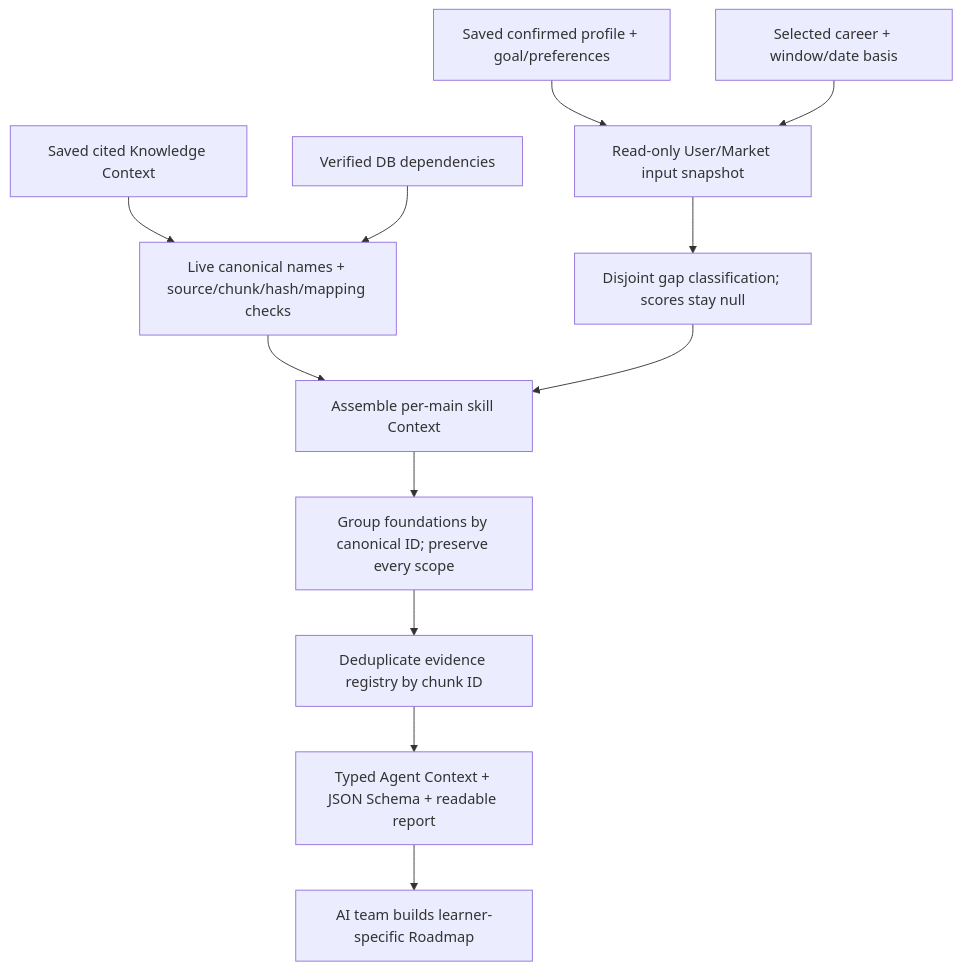
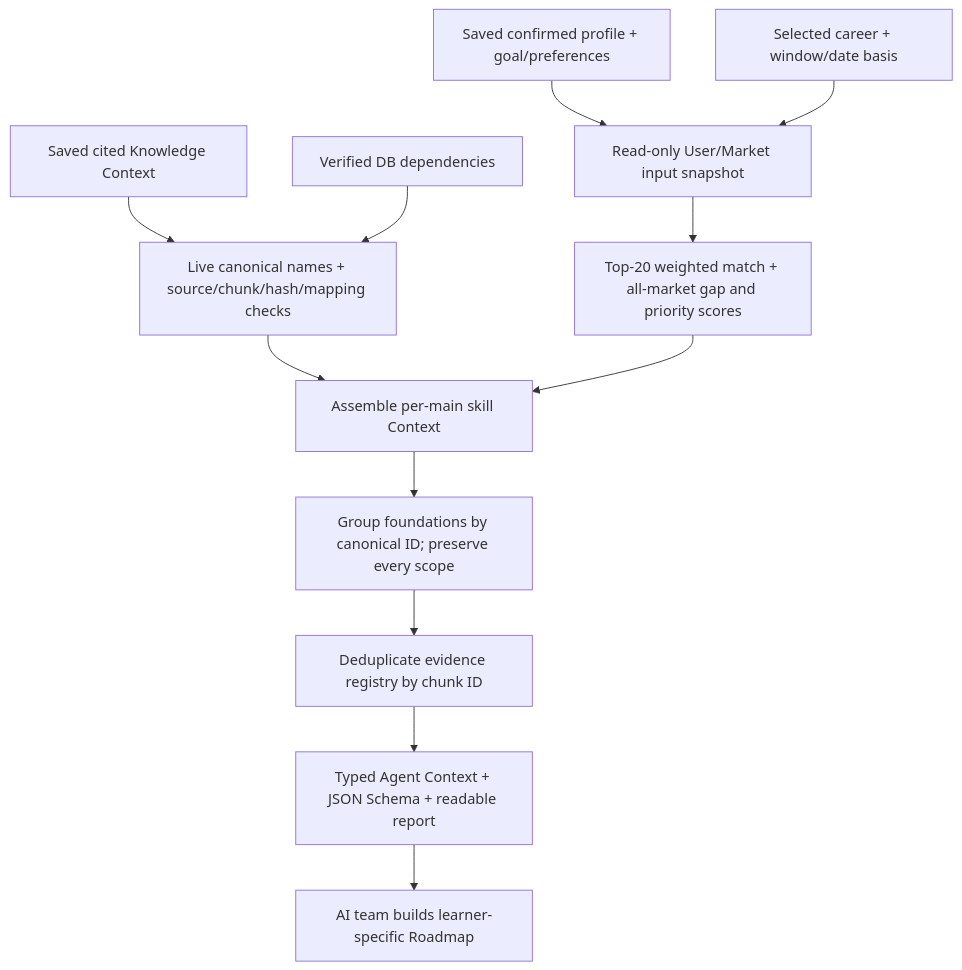
Before and after one commit to THN4/glow-job: the diagram in docs/rag/agent-context-guide.md, drawn with Mermaid. The commit also changed other lines of this file and 25 other files, not shown here.

````diff
--- a/docs/rag/agent-context-guide.md
+++ b/docs/rag/agent-context-guide.md
@@ -15,14 +18,14 @@
 ```mermaid
 flowchart TD
     U[Saved confirmed profile + goal/preferences] --> I[Read-only User/Market input snapshot]
     M[Selected career + window/date basis] --> I
     K[Saved cited Knowledge Context] --> V[Live canonical names + source/chunk/hash/mapping checks]
     D[Verified DB dependencies] --> V
-    I --> G[Disjoint gap classification; scores stay null]
+    I --> G[Top-20 weighted match + all-market gap and priority scores]
     V --> A[Assemble per-main skill Context]
     G --> A
     A --> F[Group foundations by canonical ID; preserve every scope]
     F --> R[Deduplicate evidence registry by chunk ID]
     R --> J[Typed Agent Context + JSON Schema + readable report]
     J --> AI[AI team builds learner-specific Roadmap]
 ```
````
